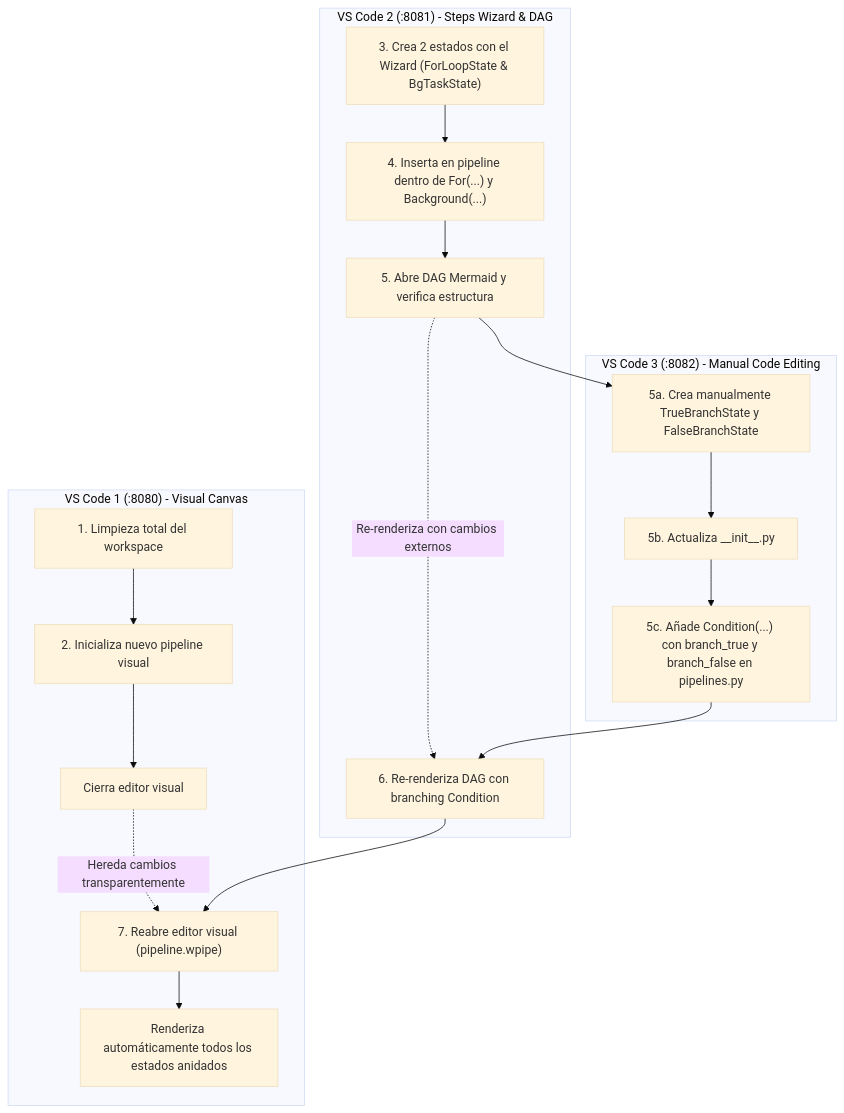
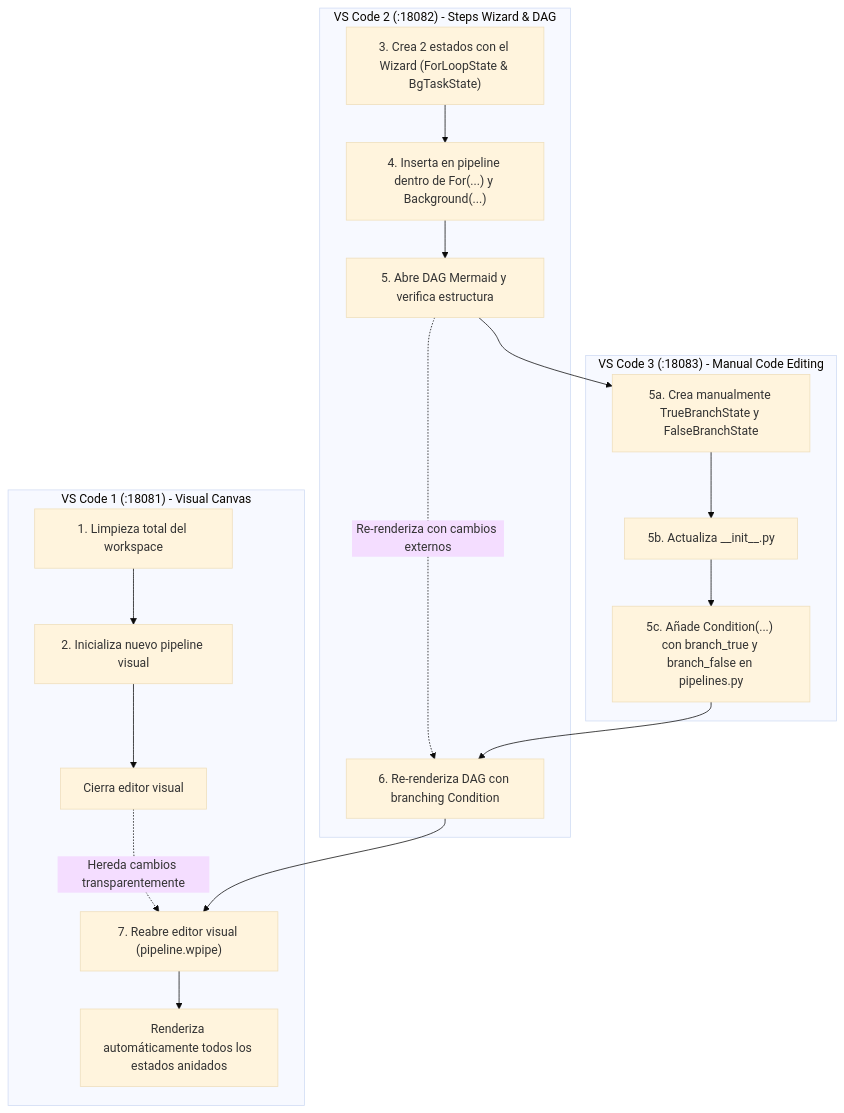
The diagram in .agents/skills/wpipe-vscode-testing/SKILL.md (wisrovi/wpipe-n8n), drawn with Mermaid (base theme) before and after one commit. The commit also changed other lines of this file and 6 other files, not shown here.

````diff
--- a/.agents/skills/wpipe-vscode-testing/SKILL.md
+++ b/.agents/skills/wpipe-vscode-testing/SKILL.md
@@ -131,24 +131,24 @@
 ```mermaid
 flowchart TD
-  subgraph VS1["VS Code 1 (:8080) - Visual Canvas"]
+  subgraph VS1["VS Code 1 (:18081) - Visual Canvas"]
     A1["1. Limpieza total del workspace"] --> A2["2. Inicializa nuevo pipeline visual"]
     A2 --> A3["Cierra editor visual"]
     A3 -.->|Hereda cambios transparentemente| A4["7. Reabre editor visual (pipeline.wpipe)"]
     A4 --> A5["Renderiza automáticamente todos los estados anidados"]
   end
 
-  subgraph VS2["VS Code 2 (:8081) - Steps Wizard & DAG"]
+  subgraph VS2["VS Code 2 (:18082) - Steps Wizard & DAG"]
     B1["3. Crea 2 estados con el Wizard (ForLoopState & BgTaskState)"] --> B2["4. Inserta en pipeline dentro de For(...) y Background(...)"]
     B2 --> B3["5. Abre DAG Mermaid y verifica estructura"]
     B3 -.->|Re-renderiza con cambios externos| B4["6. Re-renderiza DAG con branching Condition"]
   end
 
-  subgraph VS3["VS Code 3 (:8082) - Manual Code Editing"]
+  subgraph VS3["VS Code 3 (:18083) - Manual Code Editing"]
     C1["5a. Crea manualmente TrueBranchState y FalseBranchState"] --> C2["5b. Actualiza __init__.py"]
     C2 --> C3["5c. Añade Condition(...) con branch_true y branch_false en pipelines.py"]
   end
 
   B3 --> C1
   C3 --> B4
   B4 --> A4
 ```
````
